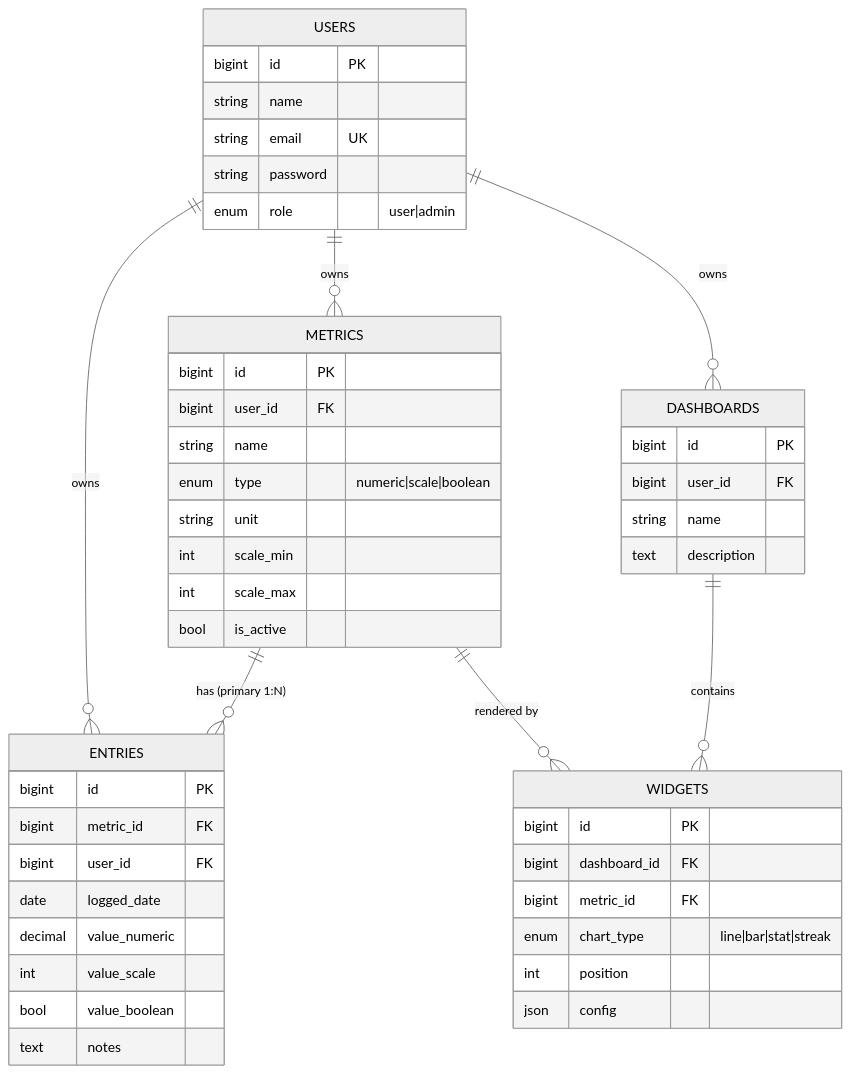
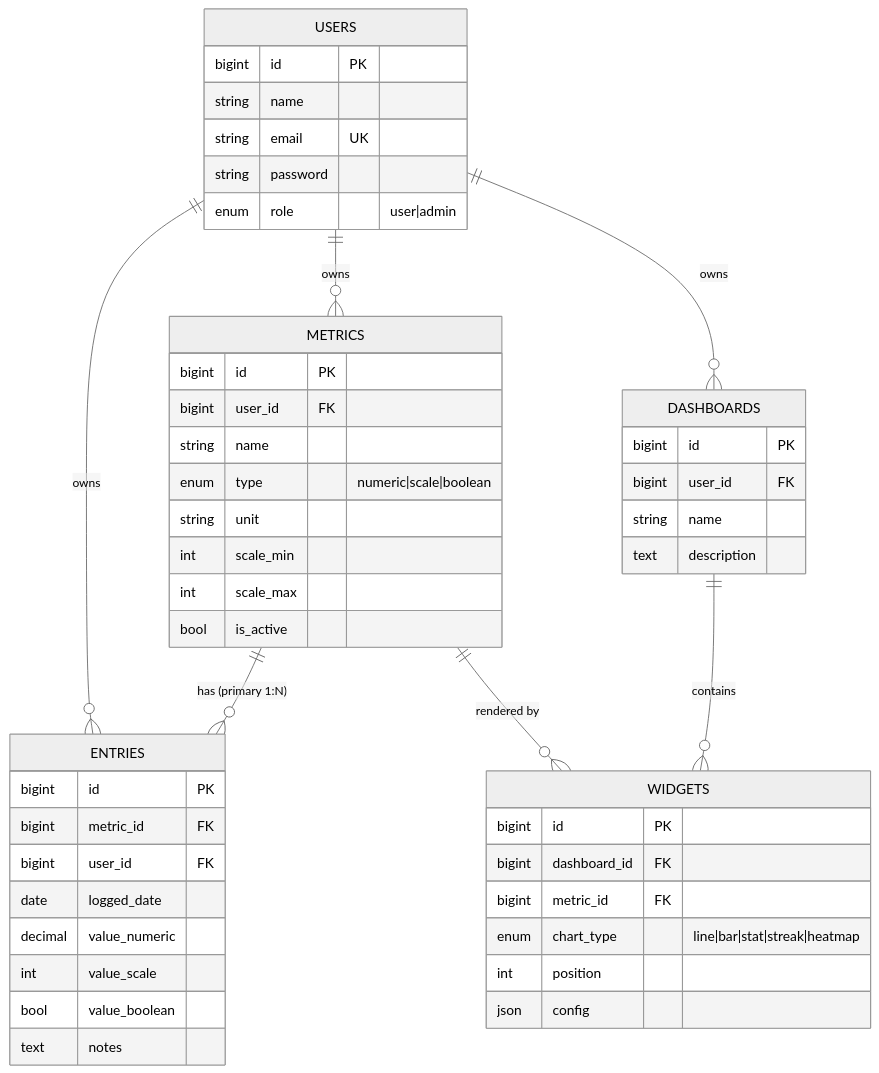
One commit to zakaria17amir/Tracky changed the second of 2 diagrams in README.md. Above: the diagram before and after it, drawn with Mermaid (neutral theme). The commit also changed other lines of this file and 25 other files, not shown here.

````diff
--- a/README.md
+++ b/README.md
@@ -142,51 +149,51 @@
 ```mermaid
 erDiagram
     USERS ||--o{ METRICS : owns
     USERS ||--o{ ENTRIES : owns
     USERS ||--o{ DASHBOARDS : owns
     METRICS ||--o{ ENTRIES : "has (primary 1:N)"
     METRICS ||--o{ WIDGETS : "rendered by"
     DASHBOARDS ||--o{ WIDGETS : contains
 
     USERS {
         bigint id PK
         string name
         string email UK
         string password
         enum role "user|admin"
     }
     METRICS {
         bigint id PK
         bigint user_id FK
         string name
         enum type "numeric|scale|boolean"
         string unit
         int scale_min
         int scale_max
         bool is_active
     }
     ENTRIES {
         bigint id PK
         bigint metric_id FK
         bigint user_id FK
         date logged_date
         decimal value_numeric
         int value_scale
         bool value_boolean
         text notes
     }
     DASHBOARDS {
         bigint id PK
         bigint user_id FK
         string name
         text description
     }
     WIDGETS {
         bigint id PK
         bigint dashboard_id FK
         bigint metric_id FK
-        enum chart_type "line|bar|stat|streak"
+        enum chart_type "line|bar|stat|streak|heatmap"
         int position
         json config
     }
 ```
````
